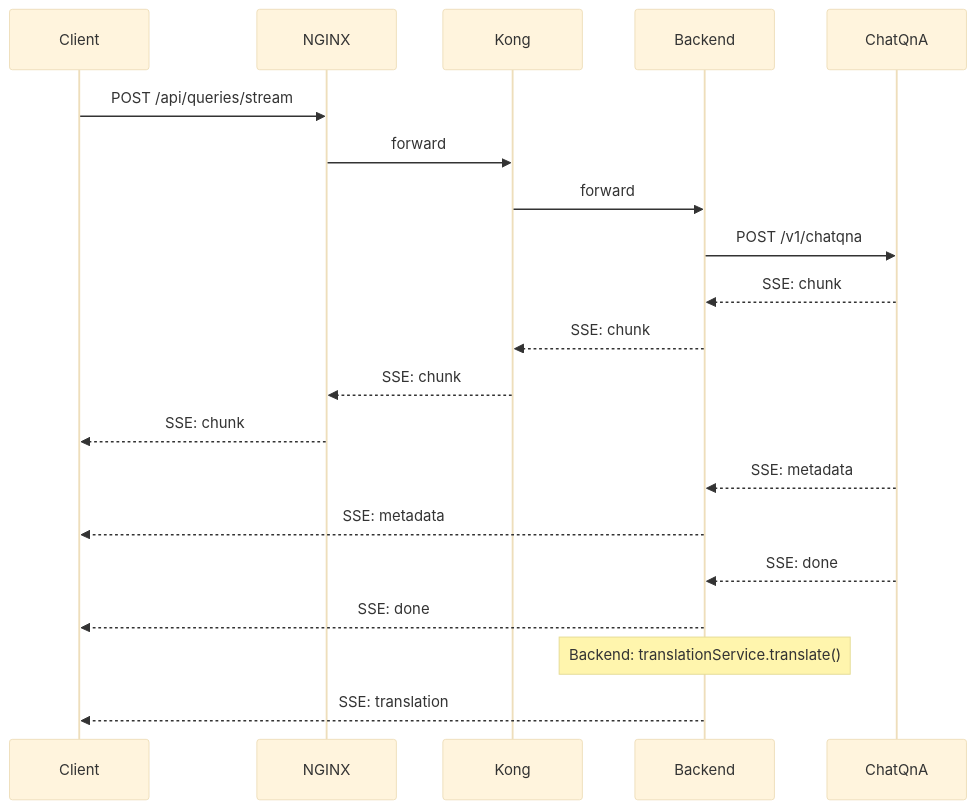
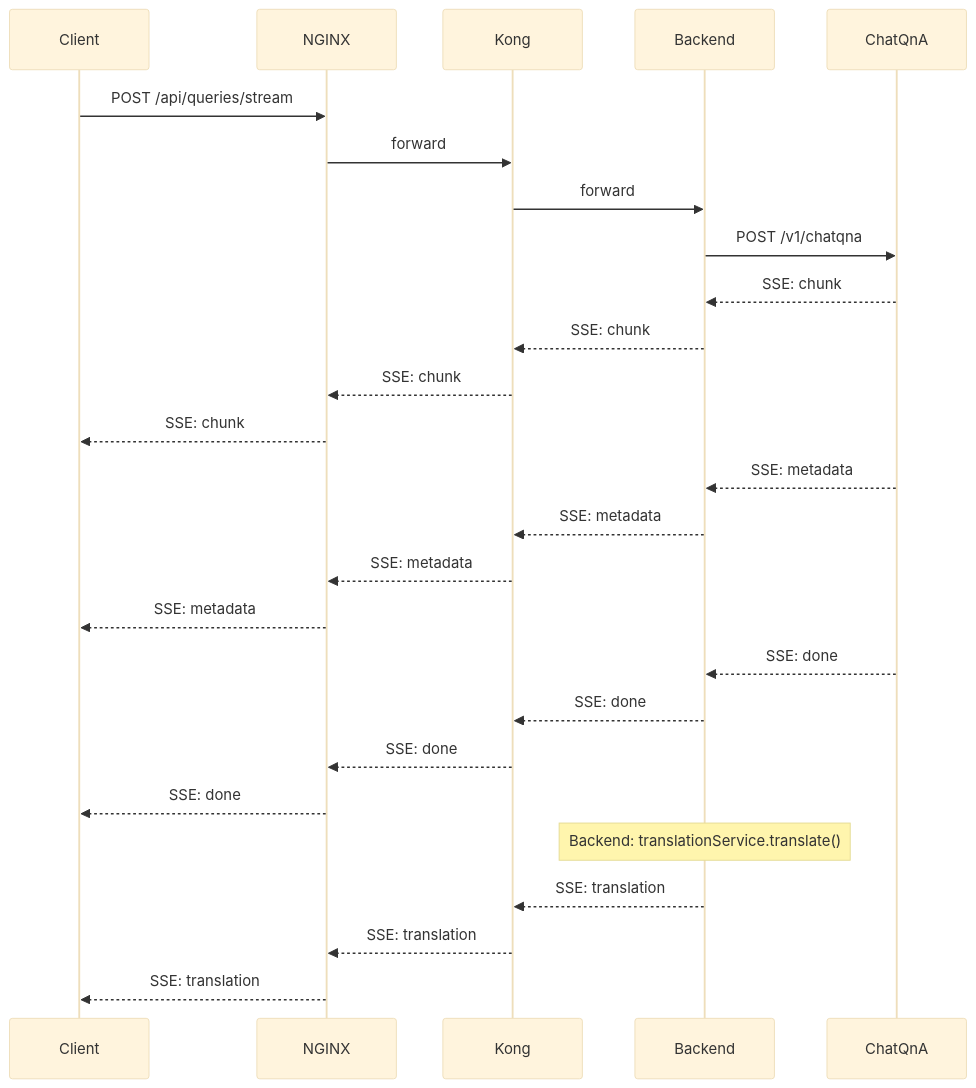
Before and after one commit to jrevillard/genie-ai-replica: the fifth of 6 diagrams in site/content/en/docs/core/integration-architecture.md, drawn with Mermaid (base theme). The commit also changed other lines of this file and 2 other files, not shown here.

````diff
--- a/site/content/en/docs/core/integration-architecture.md
+++ b/site/content/en/docs/core/integration-architecture.md
@@ -945,27 +940,33 @@
 ```mermaid
 sequenceDiagram
     participant C as Client
     participant N as NGINX
     participant K as Kong
     participant B as Backend
     participant Q as ChatQnA
 
     C->>N: POST /api/queries/stream
     N->>K: forward
     K->>B: forward
     B->>Q: POST /v1/chatqna
 
     Q-->>B: SSE: chunk
     B-->>K: SSE: chunk
     K-->>N: SSE: chunk
     N-->>C: SSE: chunk
 
     Q-->>B: SSE: metadata
-    B-->>C: SSE: metadata
+    B-->>K: SSE: metadata
+    K-->>N: SSE: metadata
+    N-->>C: SSE: metadata
 
     Q-->>B: SSE: done
-    B-->>C: SSE: done
+    B-->>K: SSE: done
+    K-->>N: SSE: done
+    N-->>C: SSE: done
 
     Note over B: Backend: translationService.translate()
-    B-->>C: SSE: translation
+    B-->>K: SSE: translation
+    K-->>N: SSE: translation
+    N-->>C: SSE: translation
 ```
````
